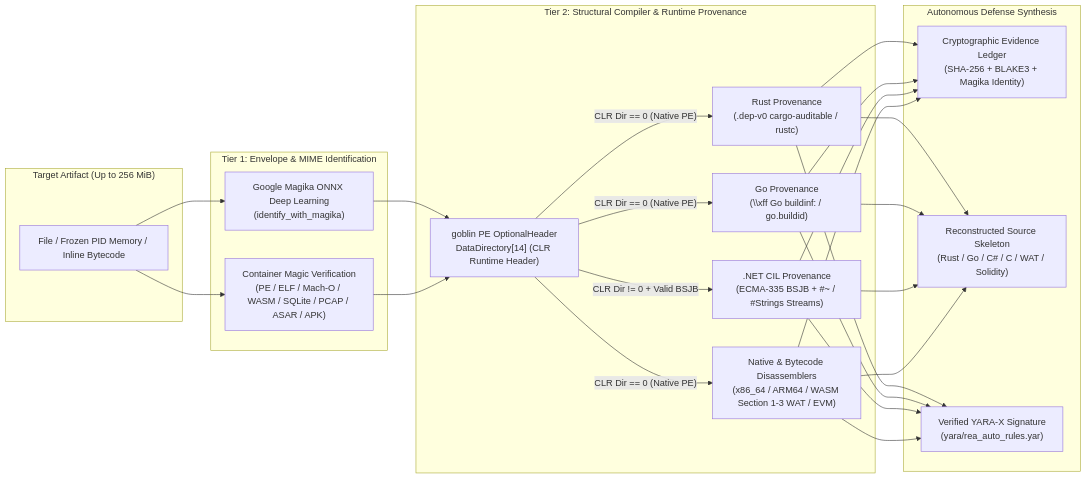
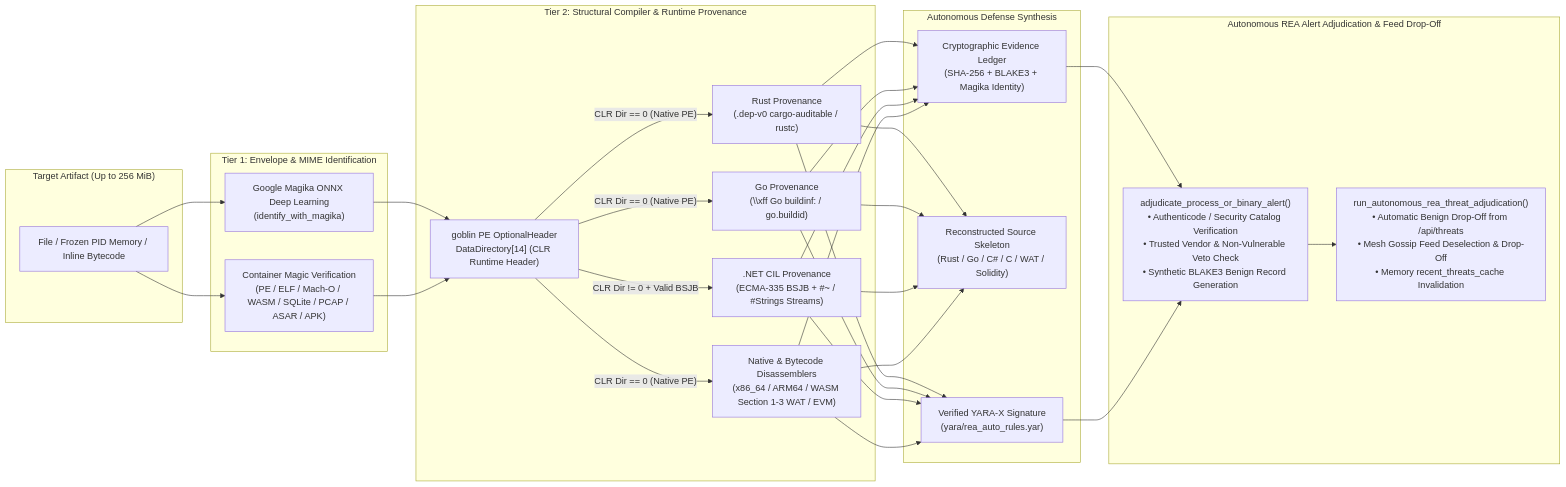
The second of 24 diagrams in README.md (oyesanyf/OshoosiClaw), drawn with Mermaid before and after one commit. The commit also changed other lines of this file and 12 other files, not shown here.

Commit message:
feat(release): v1.2.0 signed packages, autonomous REA adjudication, and WebUI SLA verification

````diff
--- a/README.md
+++ b/README.md
@@ -126,31 +126,37 @@
 ```mermaid
 flowchart LR
     subgraph Input["Target Artifact (Up to 256 MiB)"]
         F["File / Frozen PID Memory / Inline Bytecode"]
     end
 
     subgraph Tier1["Tier 1: Envelope & MIME Identification"]
         M["Google Magika ONNX Deep Learning\n(identify_with_magika)"]
         H["Container Magic Verification\n(PE / ELF / Mach-O / WASM / SQLite / PCAP / ASAR / APK)"]
     end
 
     subgraph Tier2["Tier 2: Structural Compiler & Runtime Provenance"]
         PE["goblin PE OptionalHeader\nDataDirectory[14] (CLR Runtime Header)"]
         R["Rust Provenance\n(.dep-v0 cargo-auditable / rustc)"]
         G["Go Provenance\n(\\xff Go buildinf: / go.buildid)"]
         D[".NET CIL Provenance\n(ECMA-335 BSJB + #~ / #Strings Streams)"]
         N["Native & Bytecode Disassemblers\n(x86_64 / ARM64 / WASM Section 1-3 WAT / EVM)"]
     end
 
     subgraph Output["Autonomous Defense Synthesis"]
         E["Cryptographic Evidence Ledger\n(SHA-256 + BLAKE3 + Magika Identity)"]
         C["Reconstructed Source Skeleton\n(Rust / Go / C# / C / WAT / Solidity)"]
         Y["Verified YARA-X Signature\n(yara/rea_auto_rules.yar)"]
     end
 
+    subgraph Adjudication["Autonomous REA Alert Adjudication & Feed Drop-Off"]
+        AD1["adjudicate_process_or_binary_alert()\n• Authenticode / Security Catalog Verification\n• Trusted Vendor & Non-Vulnerable Veto Check\n• Synthetic BLAKE3 Benign Record Generation"]
+        AD2["run_autonomous_rea_threat_adjudication()\n• Automatic Benign Drop-Off from /api/threats\n• Mesh Gossip Feed Deselection & Drop-Off\n• Memory recent_threats_cache Invalidation"]
+    end
+
     F --> M & H
     M & H --> PE
     PE -->|"CLR Dir == 0 (Native PE)"| R & G & N
     PE -->|"CLR Dir != 0 + Valid BSJB"| D
     R & G & D & N --> E & C & Y
+    E & Y --> AD1 --> AD2
 ```
````
